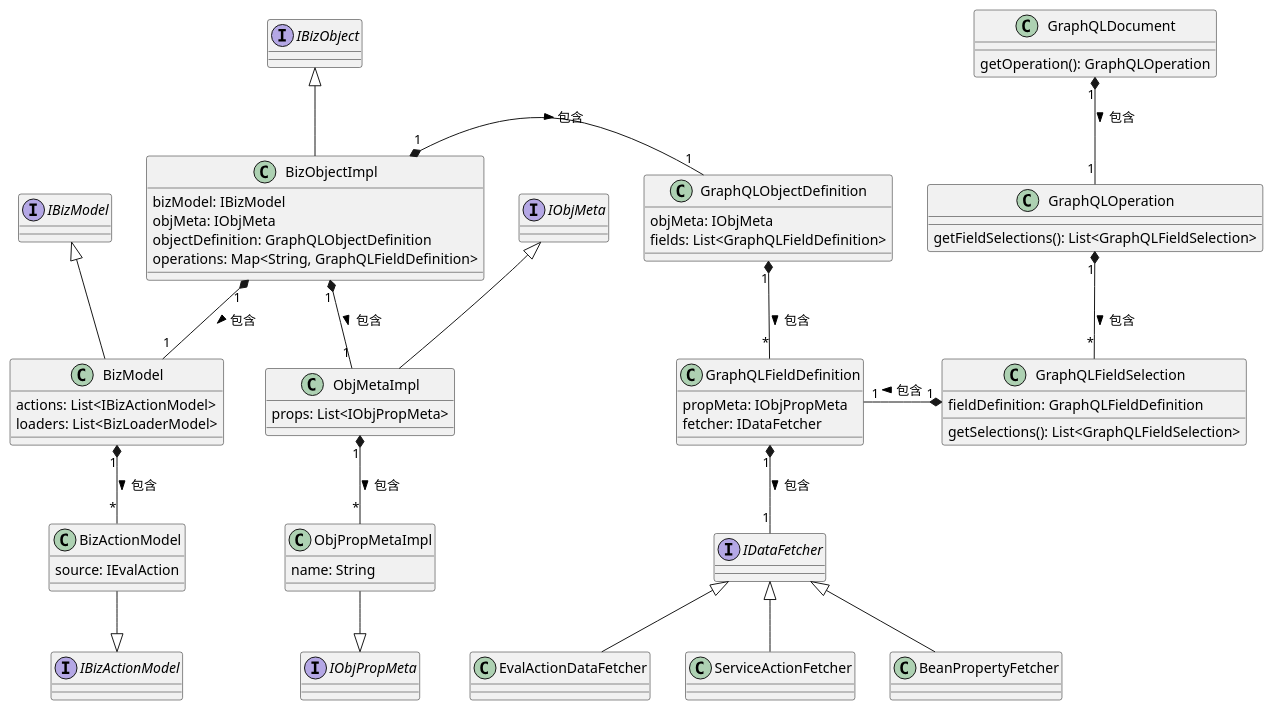
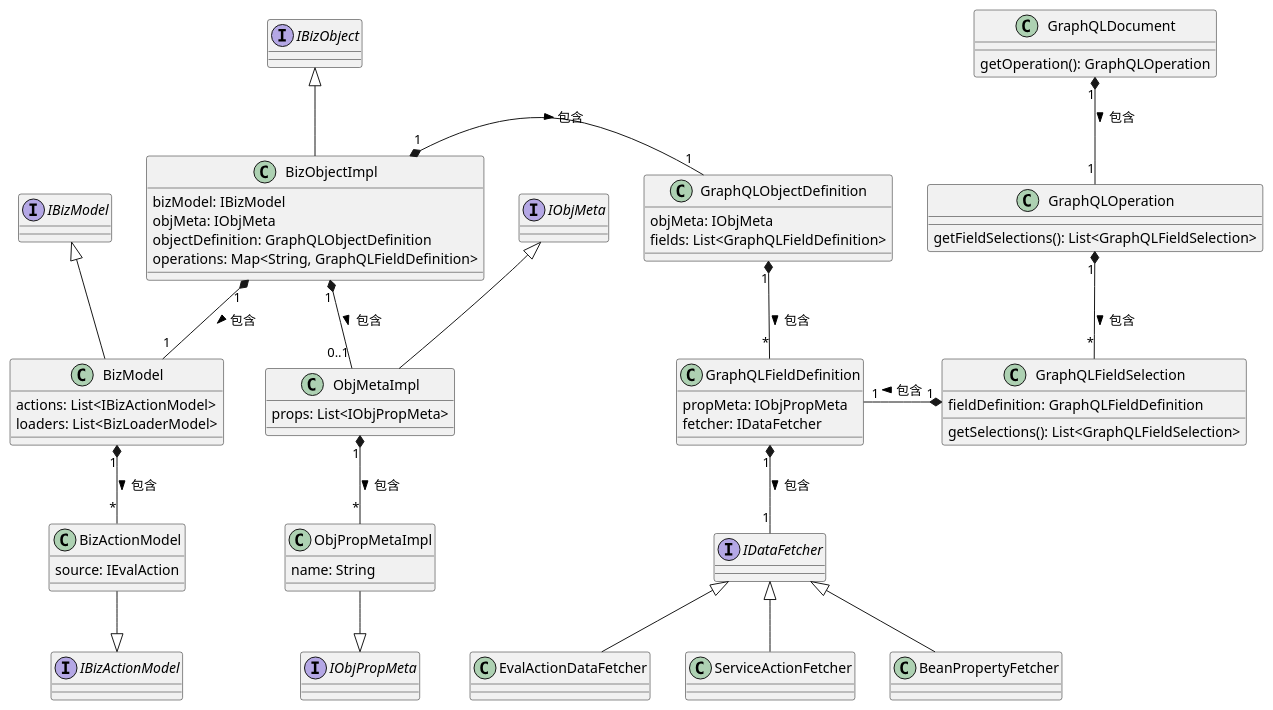
Before and after one commit to crazydan-studio/nop.crazydan.io: the third of 9 diagrams in docs/400.implement/400.component/100.graphql.md, drawn with PlantUML. The commit also changed other lines of this file, not shown here.

```diff
--- a/docs/400.implement/400.component/100.graphql.md
+++ b/docs/400.implement/400.component/100.graphql.md
@@ -410,7 +410,7 @@
 fetcher_inf <|-- fetcher_biz_loader
 
 biz_obj "1" *-- "1" biz_model: 包含 >
-biz_obj "1" *-- "1" obj_meta: 包含 >
+biz_obj "1" *-- "0..1" obj_meta: 包含 >
 biz_obj "1" *-right- "1" gpl_obj_def: 包含 >
 
 biz_model "1" *-- "*" biz_action: 包含 >
```
